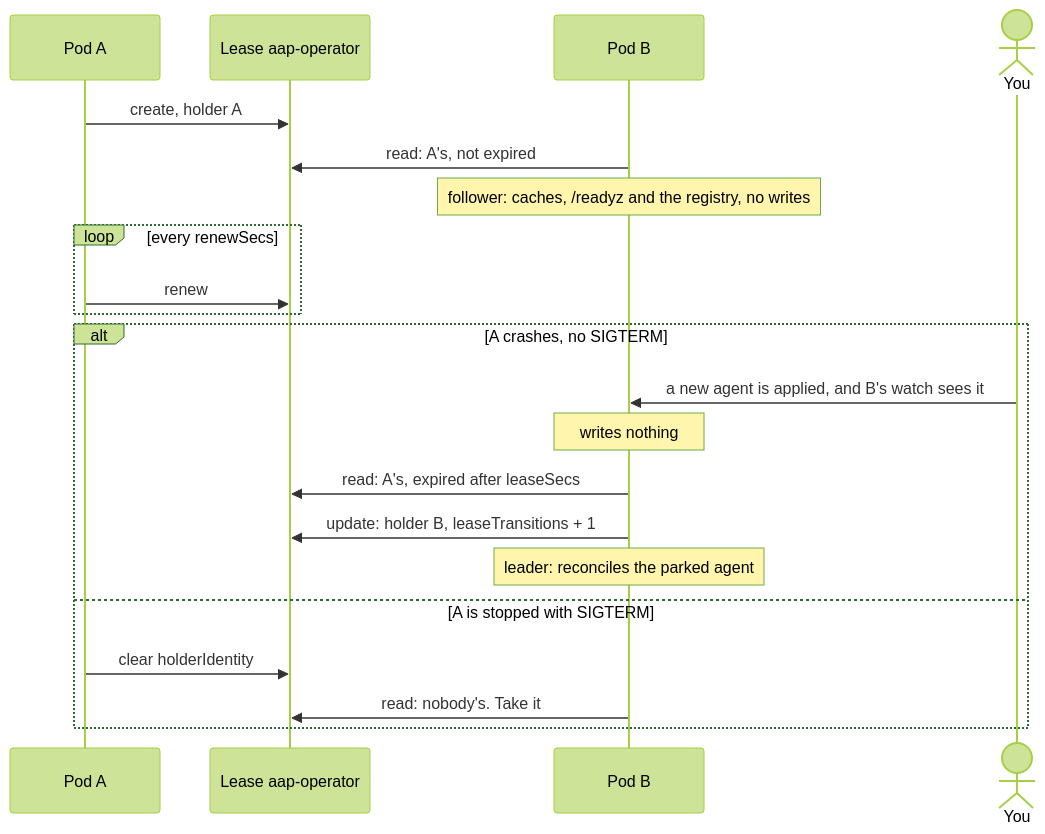
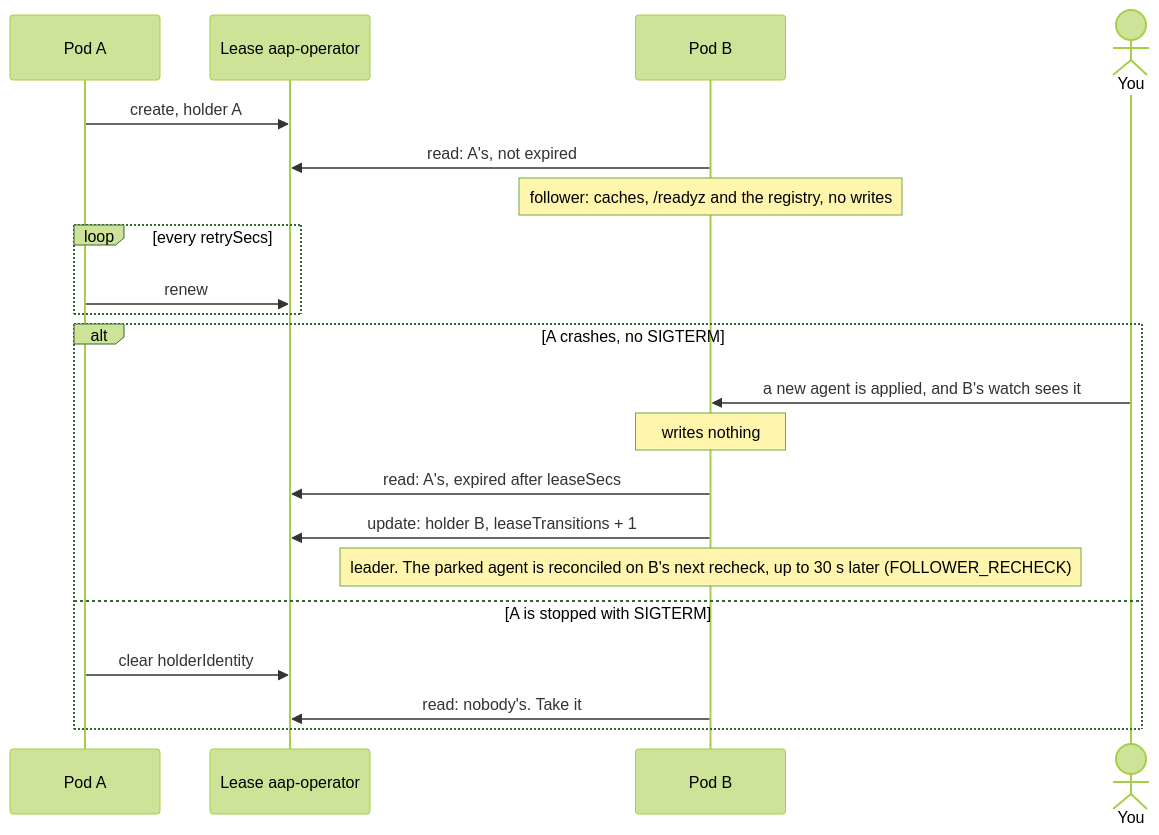
The first of 2 diagrams in docs/guides/operate/replicas.md (vymalo/another-agentic-platform), drawn with Mermaid (forest theme) before and after one commit. The commit also changed other lines of this file and 7 other files, not shown here.

````diff
--- a/docs/guides/operate/replicas.md
+++ b/docs/guides/operate/replicas.md
@@ -58,23 +59,23 @@
 ```mermaid
 sequenceDiagram
   participant A as Pod A
   participant L as Lease aap-operator
   participant B as Pod B
   actor You
   A->>L: create, holder A
   B->>L: read: A's, not expired
   Note over B: follower: caches, /readyz and the registry, no writes
-  loop every renewSecs
+  loop every retrySecs
     A->>L: renew
   end
   alt A crashes, no SIGTERM
     You->>B: a new agent is applied, and B's watch sees it
     Note over B: writes nothing
     B->>L: read: A's, expired after leaseSecs
     B->>L: update: holder B, leaseTransitions + 1
-    Note over B: leader: reconciles the parked agent
+    Note over B: leader. The parked agent is reconciled on B's next recheck, up to 30 s later (FOLLOWER_RECHECK)
   else A is stopped with SIGTERM
     A->>L: clear holderIdentity
     B->>L: read: nobody's. Take it
   end
 ```
````
